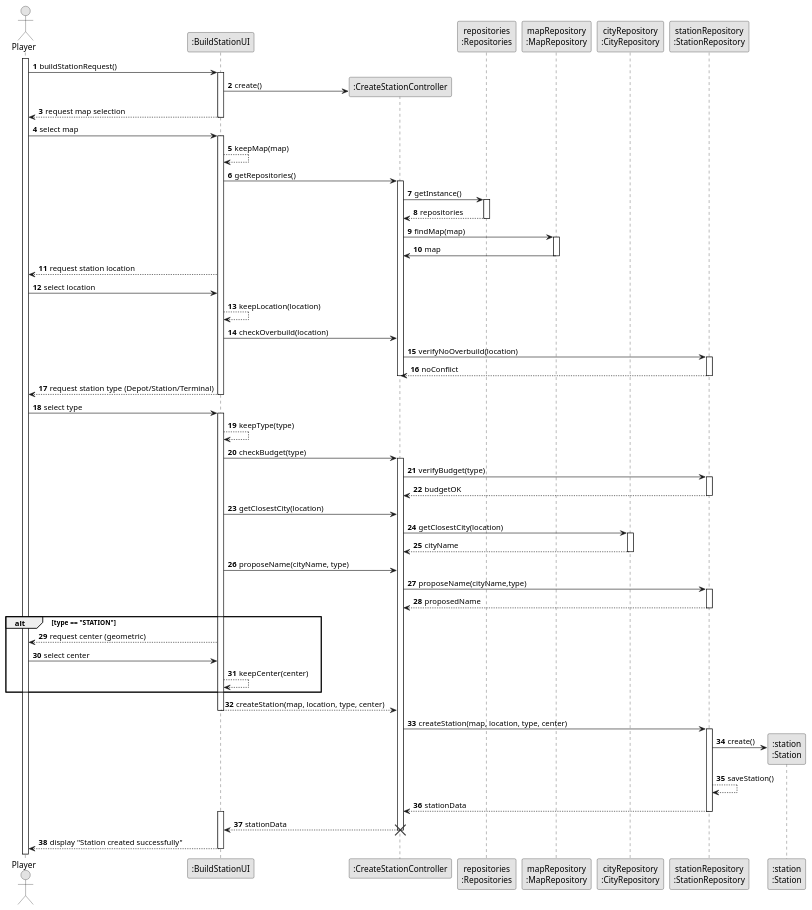
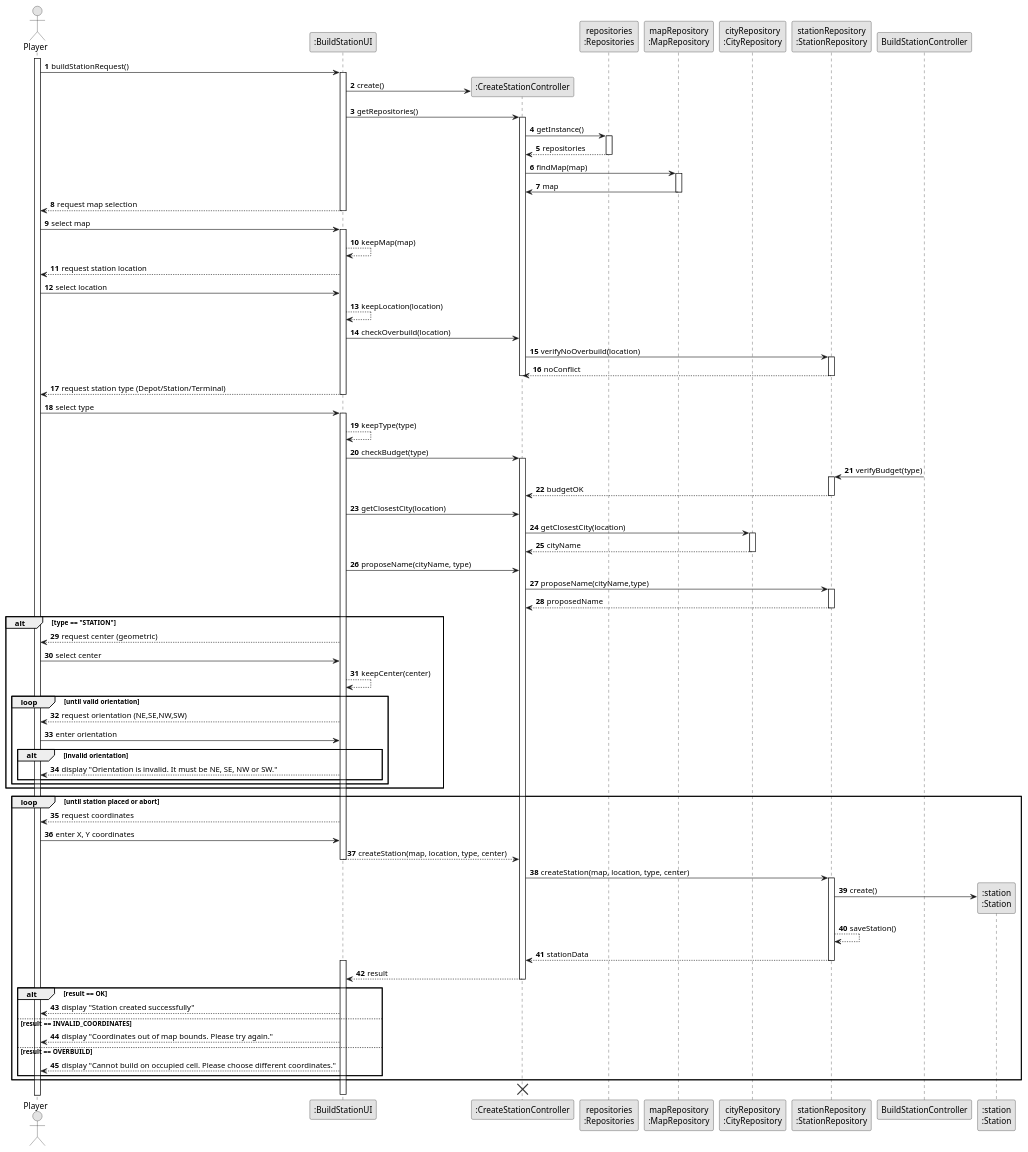
The diagram in docs/system-documentation/US005/03.design/puml/US005-SD.puml (goncalolopesp/sem2-pi-24.25-g093-repo), drawn with PlantUML before and after one commit. The commit also changed 9 other files, not shown here.

```diff
--- a/docs/system-documentation/US005/03.design/puml/US005-SD.puml
+++ b/docs/system-documentation/US005/03.design/puml/US005-SD.puml
@@ -1,109 +1,121 @@
 @startuml US005-SD
 skinparam monochrome true
 skinparam packageStyle rectangle
 skinparam shadowing false
 
 autonumber
 
 actor "Player" as Player
 participant ":BuildStationUI" as BuildStationUI
-
-
-activate Player
-
-Player -> BuildStationUI : buildStationRequest()
-create ":CreateStationController" as BuildStationController
-activate BuildStationUI
-BuildStationUI -> BuildStationController: create()
+participant ":CreateStationController" as CreateStationController
 participant "repositories\n:Repositories" as Repositories
 participant "mapRepository\n:MapRepository" as MapRepository
 participant "cityRepository\n:CityRepository" as CityRepository
 participant "stationRepository\n:StationRepository" as StationRepository
 
+activate Player
+
+Player -> BuildStationUI : buildStationRequest()
+create CreateStationController
+activate BuildStationUI
+BuildStationUI -> CreateStationController: create()
+
+BuildStationUI -> CreateStationController : getRepositories()
+activate CreateStationController
+CreateStationController -> Repositories : getInstance()
+activate Repositories
+Repositories --> CreateStationController : repositories
+deactivate Repositories
+
+CreateStationController -> MapRepository: findMap(map)
+activate MapRepository
+MapRepository -> CreateStationController: map
+deactivate MapRepository
 
 BuildStationUI --> Player : request map selection
 deactivate BuildStationUI
 Player -> BuildStationUI : select map
 activate BuildStationUI
 BuildStationUI --> BuildStationUI : keepMap(map)
 
-
-BuildStationUI -> BuildStationController : getRepositories()
-activate BuildStationController
-BuildStationController -> Repositories : getInstance()
-activate Repositories
-Repositories --> BuildStationController : repositories
-deactivate Repositories
-
-BuildStationController -> MapRepository: findMap(map)
-activate MapRepository
-MapRepository -> BuildStationController: map
-deactivate MapRepository
-
 BuildStationUI --> Player : request station location
-
 Player -> BuildStationUI : select location
-
 BuildStationUI --> BuildStationUI : keepLocation(location)
 
-BuildStationUI -> BuildStationController : checkOverbuild(location)
-BuildStationController -> StationRepository : verifyNoOverbuild(location)
+BuildStationUI -> CreateStationController : checkOverbuild(location)
+CreateStationController -> StationRepository : verifyNoOverbuild(location)
 activate StationRepository
-StationRepository --> BuildStationController : noConflict
+StationRepository --> CreateStationController : noConflict
 deactivate StationRepository
 
-deactivate BuildStationController
+deactivate CreateStationController
 BuildStationUI --> Player : request station type (Depot/Station/Terminal)
 deactivate BuildStationUI
 Player -> BuildStationUI : select type
 activate BuildStationUI
 BuildStationUI --> BuildStationUI : keepType(type)
 
-BuildStationUI -> BuildStationController : checkBudget(type)
-activate BuildStationController
+BuildStationUI -> CreateStationController : checkBudget(type)
+activate CreateStationController
 BuildStationController -> StationRepository : verifyBudget(type)
-
 activate StationRepository
-StationRepository --> BuildStationController : budgetOK
+StationRepository --> CreateStationController : budgetOK
 deactivate StationRepository
 
-
-
-BuildStationUI -> BuildStationController : getClosestCity(location)
-BuildStationController -> CityRepository: getClosestCity(location)
+BuildStationUI -> CreateStationController : getClosestCity(location)
+CreateStationController -> CityRepository: getClosestCity(location)
 activate CityRepository
-CityRepository --> BuildStationController : cityName
+CityRepository --> CreateStationController : cityName
 deactivate CityRepository
-BuildStationUI -> BuildStationController : proposeName(cityName, type)
-BuildStationController -> StationRepository : proposeName(cityName,type)
+BuildStationUI -> CreateStationController : proposeName(cityName, type)
+CreateStationController -> StationRepository : proposeName(cityName,type)
 activate StationRepository
-StationRepository --> BuildStationController : proposedName
+StationRepository --> CreateStationController : proposedName
 deactivate StationRepository
-
 
 alt type == "STATION"
   BuildStationUI --> Player : request center (geometric)
   Player -> BuildStationUI : select center
   BuildStationUI --> BuildStationUI : keepCenter(center)
+
+  loop until valid orientation
+    BuildStationUI --> Player : request orientation (NE,SE,NW,SW)
+    Player -> BuildStationUI : enter orientation
+    alt invalid orientation
+      BuildStationUI --> Player : display "Orientation is invalid. It must be NE, SE, NW or SW."
+    end
+  end
 end
 
-BuildStationUI --> BuildStationController : createStation(map, location, type, center)
-deactivate BuildStationUI
-BuildStationController -> StationRepository : createStation(map, location, type, center)
-activate StationRepository
-create ":station\n:Station" as Station
+loop until station placed or abort
+  BuildStationUI --> Player : request coordinates
+  Player -> BuildStationUI : enter X, Y coordinates
 
-StationRepository -> Station: create()
+  BuildStationUI --> CreateStationController : createStation(map, location, type, center)
+  deactivate BuildStationUI
+  CreateStationController -> StationRepository : createStation(map, location, type, center)
+  activate StationRepository
+  create ":station\n:Station" as Station
 
-StationRepository --> StationRepository : saveStation()
-StationRepository --> BuildStationController : stationData
-deactivate StationRepository
+  StationRepository -> Station: create()
 
-activate BuildStationUI
-BuildStationController --> BuildStationUI : stationData
-deactivate BuildStationController
-destroy BuildStationController
+  StationRepository --> StationRepository : saveStation()
+  StationRepository --> CreateStationController : stationData
+  deactivate StationRepository
 
-BuildStationUI --> Player : display "Station created successfully"
+  activate BuildStationUI
+  CreateStationController --> BuildStationUI : result
+  deactivate CreateStationController
+
+  alt result == OK
+    BuildStationUI --> Player : display "Station created successfully"
+  else result == INVALID_COORDINATES
+    BuildStationUI --> Player : display "Coordinates out of map bounds. Please try again."
+  else result == OVERBUILD
+    BuildStationUI --> Player : display "Cannot build on occupied cell. Please choose different coordinates."
+  end
+end
+
+destroy CreateStationController
 deactivate BuildStationUI
 @enduml
```
